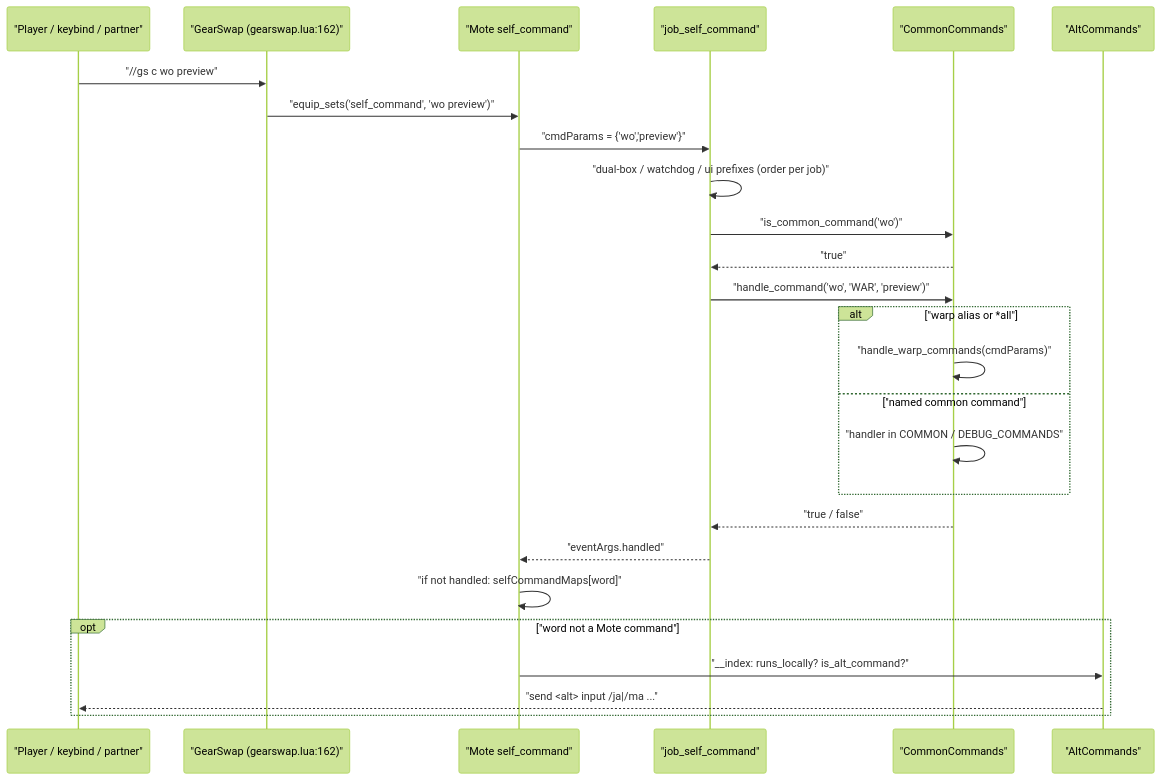
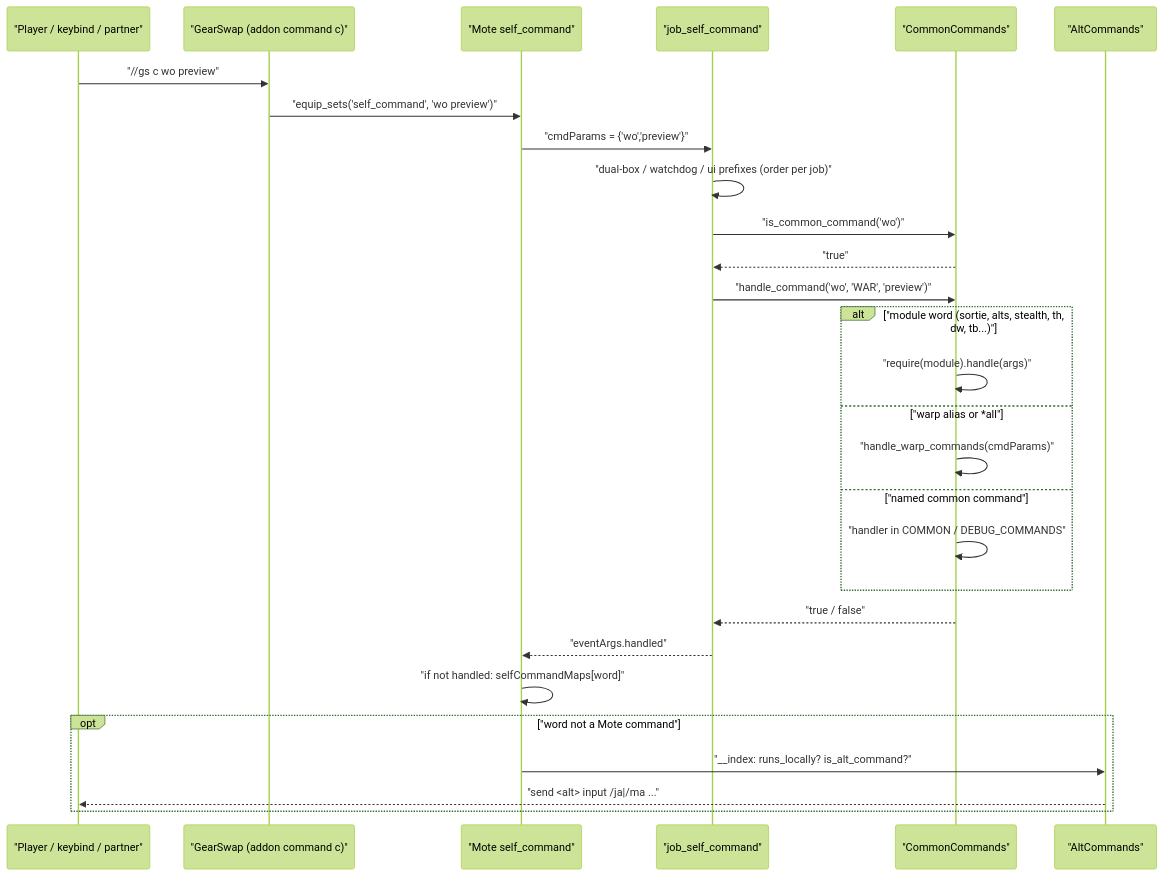
The diagram in docs/dev/systems/commands-and-debug.md (ejouanchicot/Gearswap), drawn with Mermaid (forest theme) before and after one commit. The commit also changed other lines of this file and 14 other files, not shown here.

First line of the commit message:
docs(dev): re-verify systems and architecture pages against the code

````diff
--- a/docs/dev/systems/commands-and-debug.md
+++ b/docs/dev/systems/commands-and-debug.md
@@ -95,28 +109,30 @@
 ```mermaid
 sequenceDiagram
     participant P as "Player / keybind / partner"
-    participant GS as "GearSwap (gearswap.lua:162)"
+    participant GS as "GearSwap (addon command c)"
     participant M as "Mote self_command"
     participant J as "job_self_command"
     participant CC as "CommonCommands"
     participant AC as "AltCommands"
     P->>GS: "//gs c wo preview"
     GS->>M: "equip_sets('self_command', 'wo preview')"
     M->>J: "cmdParams = {'wo','preview'}"
     J->>J: "dual-box / watchdog / ui prefixes (order per job)"
     J->>CC: "is_common_command('wo')"
     CC-->>J: "true"
     J->>CC: "handle_command('wo', 'WAR', 'preview')"
-    alt "warp alias or *all"
+    alt "module word (sortie, alts, stealth, th, dw, tb...)"
+        CC->>CC: "require(module).handle(args)"
+    else "warp alias or *all"
         CC->>CC: "handle_warp_commands(cmdParams)"
     else "named common command"
         CC->>CC: "handler in COMMON / DEBUG_COMMANDS"
     end
     CC-->>J: "true / false"
     J-->>M: "eventArgs.handled"
     M->>M: "if not handled: selfCommandMaps[word]"
     opt "word not a Mote command"
         M->>AC: "__index: runs_locally? is_alt_command?"
         AC-->>P: "send <alt> input /ja|/ma ..."
     end
 ```
````
